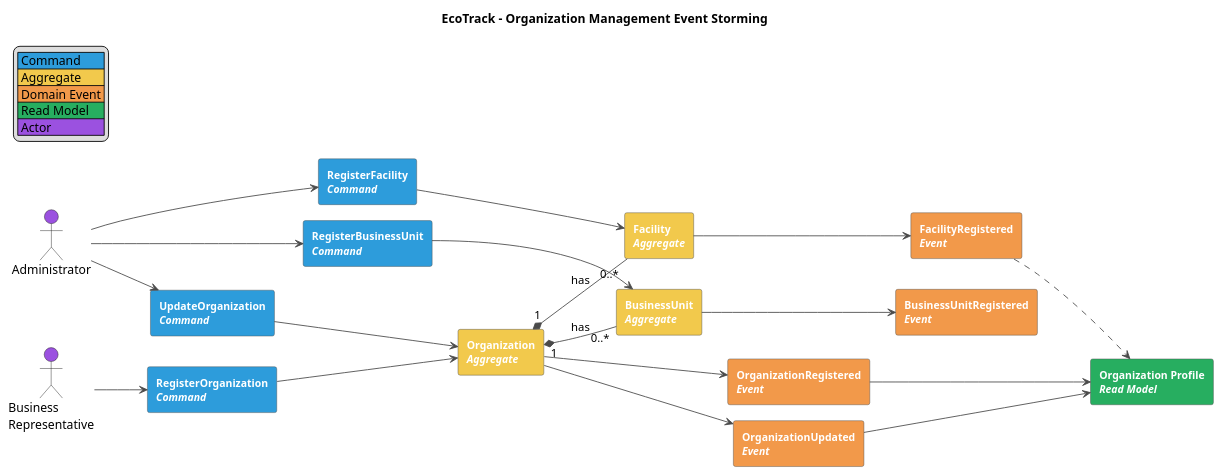
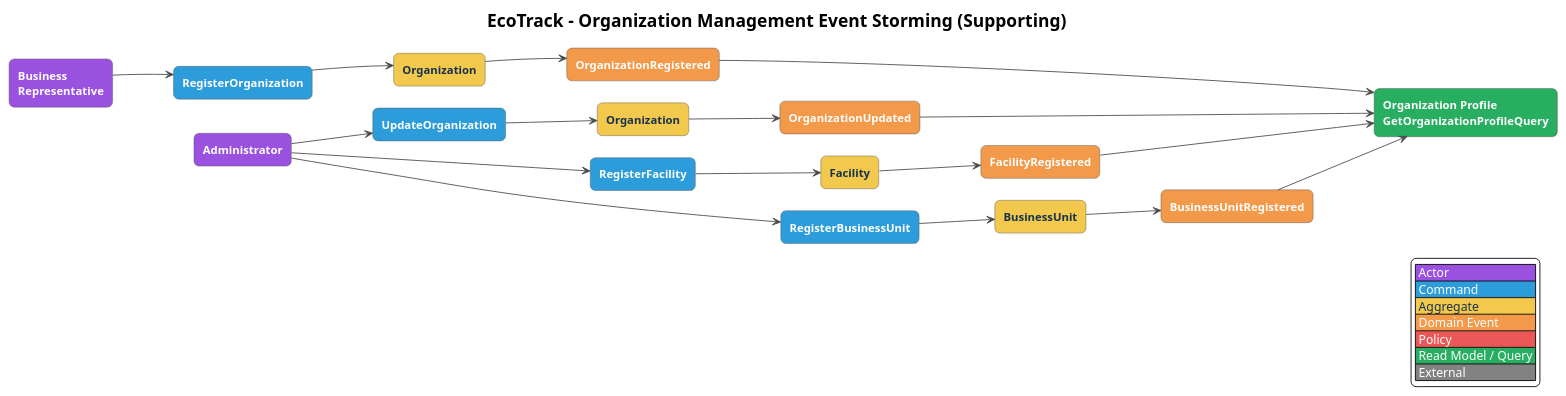
The diagram in docs/diagrams/event-storming/ecotrack-event-storming-organization-management.puml (Horizon-OpenSource/report), drawn with PlantUML before and after one commit. The commit also changed 18 other files, not shown here.

Commit message:
docs(report): improve event storming, context, container and database diagrams

```diff
--- a/docs/diagrams/event-storming/ecotrack-event-storming-organization-management.puml
+++ b/docs/diagrams/event-storming/ecotrack-event-storming-organization-management.puml
@@ -1,65 +1,100 @@
 @startuml
-title EcoTrack - Organization Management Event Storming
 left to right direction
-skinparam packageStyle rectangle
 skinparam shadowing false
-skinparam defaultFontName Arial
-skinparam rectangle {
-  BorderColor #4A4A4A
-  FontColor #FFFFFF
-  FontStyle bold
-  FontSize 12
+skinparam defaultFontName Helvetica
+skinparam defaultFontSize 13
+skinparam backgroundColor white
+skinparam nodesep 25
+skinparam ranksep 70
+skinparam ArrowColor #4A4A4A
+skinparam RectangleBorderColor #555555
+skinparam RectangleFontStyle bold
+skinparam roundCorner 12
+skinparam rectangle<<ext>> {
+  BackgroundColor #828282
+  FontColor white
 }
-skinparam ArrowColor #4A4A4A
+skinparam rectangle<<rm>> {
+  BackgroundColor #27AE60
+  FontColor white
+}
+skinparam rectangle<<pol>> {
+  BackgroundColor #EB5757
+  FontColor white
+}
+skinparam rectangle<<evt>> {
+  BackgroundColor #F2994A
+  FontColor white
+}
+skinparam rectangle<<agg>> {
+  BackgroundColor #F2C94C
+  FontColor #17324D
+}
+skinparam rectangle<<cmd>> {
+  BackgroundColor #2D9CDB
+  FontColor white
+}
+skinparam rectangle<<actor>> {
+  BackgroundColor #9B51E0
+  FontColor white
+}
+skinparam titleFontSize 20
+hide stereotype
+title EcoTrack - Organization Management Event Storming (Supporting)
 
-legend top left
-  |<#2D9CDB> Command |
-  |<#F2C94C> Aggregate |
-  |<#F2994A> Domain Event |
-  |<#27AE60> Read Model |
-  |<#9B51E0> Actor |
+rectangle "Business\nRepresentative" as a1 <<actor>>
+rectangle "Administrator" as a2 <<actor>>
+rectangle "RegisterOrganization" as c1 <<cmd>>
+rectangle "UpdateOrganization" as c2 <<cmd>>
+rectangle "RegisterFacility" as c3 <<cmd>>
+rectangle "RegisterBusinessUnit" as c4 <<cmd>>
+rectangle "Organization" as g1 <<agg>>
+rectangle "Organization" as g2 <<agg>>
+rectangle "Facility" as g3 <<agg>>
+rectangle "BusinessUnit" as g4 <<agg>>
+rectangle "OrganizationRegistered" as e1 <<evt>>
+rectangle "OrganizationUpdated" as e2 <<evt>>
+rectangle "FacilityRegistered" as e3 <<evt>>
+rectangle "BusinessUnitRegistered" as e4 <<evt>>
+rectangle "Organization Profile\nGetOrganizationProfileQuery" as r <<rm>>
+
+a1 --> c1
+a2 --> c2
+a2 --> c3
+a2 --> c4
+c1 --> g1
+c2 --> g2
+c3 --> g3
+c4 --> g4
+g1 --> e1
+g2 --> e2
+g3 --> e3
+g4 --> e4
+e1 --> r
+e2 --> r
+e3 --> r
+e4 --> r
+a1 -[hidden]down-> a2
+c1 -[hidden]down-> c2
+c2 -[hidden]down-> c3
+c3 -[hidden]down-> c4
+g1 -[hidden]down-> g2
+g2 -[hidden]down-> g3
+g3 -[hidden]down-> g4
+e1 -[hidden]down-> e2
+e2 -[hidden]down-> e3
+e3 -[hidden]down-> e4
+a1 -[hidden]right-> c1
+c1 -[hidden]right-> g1
+g1 -[hidden]right-> e1
+e1 -[hidden]right-> r
+legend right
+  |<#9B51E0><color:white> Actor </color>|
+  |<#2D9CDB><color:white> Command </color>|
+  |<#F2C94C><color:#17324D> Aggregate </color>|
+  |<#F2994A><color:white> Domain Event </color>|
+  |<#EB5757><color:white> Policy </color>|
+  |<#27AE60><color:white> Read Model / Query </color>|
+  |<#828282><color:white> External </color>|
 endlegend
-
-actor "Business\nRepresentative" as Rep #9B51E0
-actor "Administrator" as Admin #9B51E0
-
-rectangle "RegisterOrganization\n<i>Command</i>" as CmdRegOrg #2D9CDB
-rectangle "Organization\n<i>Aggregate</i>" as AggOrg #F2C94C
-rectangle "OrganizationRegistered\n<i>Event</i>" as EvtRegOrg #F2994A
-
-rectangle "UpdateOrganization\n<i>Command</i>" as CmdUpdOrg #2D9CDB
-rectangle "OrganizationUpdated\n<i>Event</i>" as EvtUpdOrg #F2994A
-
-rectangle "RegisterFacility\n<i>Command</i>" as CmdFacility #2D9CDB
-rectangle "Facility\n<i>Aggregate</i>" as AggFacility #F2C94C
-rectangle "FacilityRegistered\n<i>Event</i>" as EvtFacility #F2994A
-
-rectangle "RegisterBusinessUnit\n<i>Command</i>" as CmdUnit #2D9CDB
-rectangle "BusinessUnit\n<i>Aggregate</i>" as AggUnit #F2C94C
-rectangle "BusinessUnitRegistered\n<i>Event</i>" as EvtUnit #F2994A
-
-rectangle "Organization Profile\n<i>Read Model</i>" as RmProfile #27AE60
-
-Rep --> CmdRegOrg
-CmdRegOrg --> AggOrg
-AggOrg --> EvtRegOrg
-
-Admin --> CmdUpdOrg
-CmdUpdOrg --> AggOrg
-AggOrg --> EvtUpdOrg
-
-Admin --> CmdFacility
-CmdFacility --> AggFacility
-AggFacility --> EvtFacility
-AggOrg "1" *-- "0..*" AggFacility : has
-
-Admin --> CmdUnit
-CmdUnit --> AggUnit
-AggUnit --> EvtUnit
-AggOrg "1" *-- "0..*" AggUnit : has
-
-EvtRegOrg --> RmProfile
-EvtUpdOrg --> RmProfile
-EvtFacility ..> RmProfile
-
 @enduml
```
